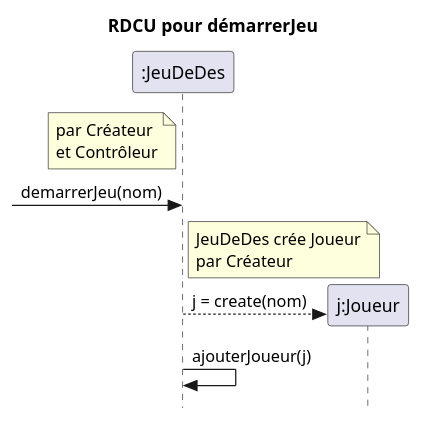
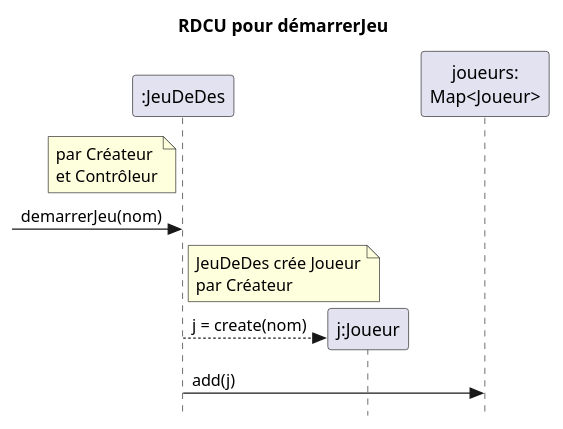
Before and after one commit to profcfuhrmanets/log210-jeu-de-des-node-express-ts: the diagram in docs/rdcu-demarrerJeu.puml, drawn with PlantUML. The commit also changed 4 other files, not shown here.

```diff
--- a/docs/rdcu-demarrerJeu.puml
+++ b/docs/rdcu-demarrerJeu.puml
@@ -1,12 +1,13 @@
 @startuml
 skinparam style strictuml
 title RDCU pour démarrerJeu
 participant ":JeuDeDes" as c
 note left of c : par Créateur\net Contrôleur 
 ->c : demarrerJeu(nom)
 note right of c : JeuDeDes crée Joueur\npar Créateur
 participant "j:Joueur" as j
 create j
+participant "joueurs:\nMap<Joueur>" as jm
 c-->j : j = create(nom)
-c -> c : ajouterJoueur(j)
+c -> jm : add(j)
 @enduml
```
